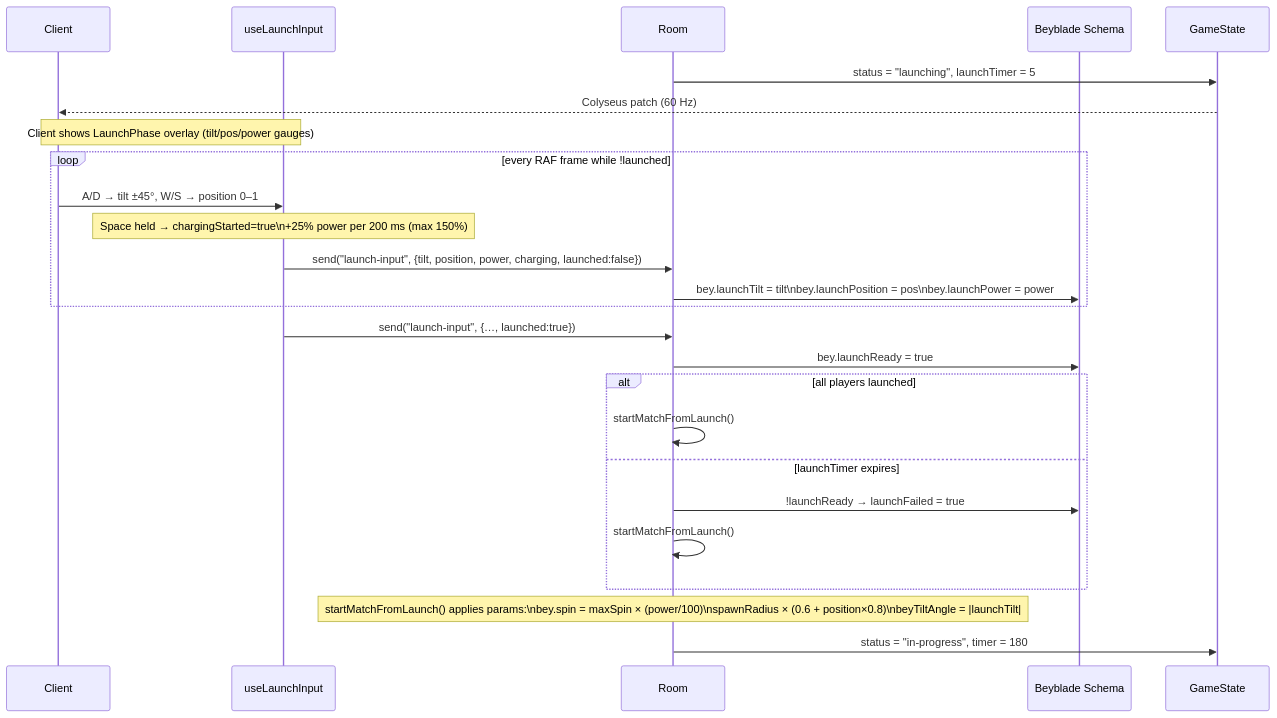
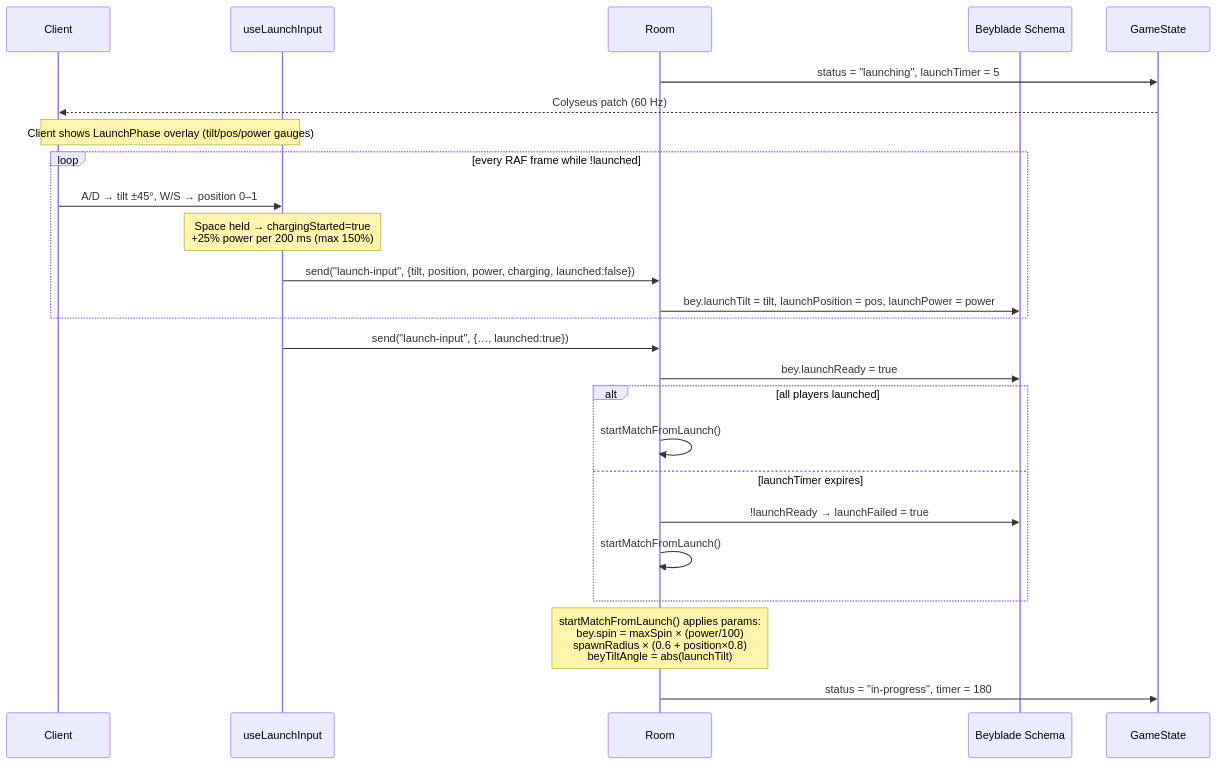
The second of 5 diagrams in research/diagrams/diagram-sequence-launch.md (mohasinac/2.5D-Game), drawn with Mermaid before and after one commit. The commit also changed other lines of this file and 80 other files, not shown here.

````diff
--- a/research/diagrams/diagram-sequence-launch.md
+++ b/research/diagrams/diagram-sequence-launch.md
@@ -30,33 +30,33 @@
 ```mermaid
 sequenceDiagram
   participant Client
   participant useLaunchInput
   participant Room
   participant Beyblade Schema
   participant GameState
 
   Room->>GameState: status = "launching", launchTimer = 5
   GameState-->>Client: Colyseus patch (60 Hz)
 
   Note over Client,useLaunchInput: Client shows LaunchPhase overlay (tilt/pos/power gauges)
 
   loop every RAF frame while !launched
     Client->>useLaunchInput: A/D → tilt ±45°, W/S → position 0–1
-    Note over useLaunchInput: Space held → chargingStarted=true\n+25% power per 200 ms (max 150%)
+    Note over useLaunchInput: Space held → chargingStarted=true<br/>+25% power per 200 ms (max 150%)
     useLaunchInput->>Room: send("launch-input", {tilt, position, power, charging, launched:false})
-    Room->>Beyblade Schema: bey.launchTilt = tilt\nbey.launchPosition = pos\nbey.launchPower = power
+    Room->>Beyblade Schema: bey.launchTilt = tilt, launchPosition = pos, launchPower = power
   end
 
   useLaunchInput->>Room: send("launch-input", {…, launched:true})
   Room->>Beyblade Schema: bey.launchReady = true
 
   alt all players launched
     Room->>Room: startMatchFromLaunch()
   else launchTimer expires
     Room->>Beyblade Schema: !launchReady → launchFailed = true
     Room->>Room: startMatchFromLaunch()
   end
 
-  Note over Room: startMatchFromLaunch() applies params:\nbey.spin = maxSpin × (power/100)\nspawnRadius × (0.6 + position×0.8)\nbeyTiltAngle = |launchTilt|
+  Note over Room: startMatchFromLaunch() applies params:<br/>bey.spin = maxSpin × (power/100)<br/>spawnRadius × (0.6 + position×0.8)<br/>beyTiltAngle = abs(launchTilt)
   Room->>GameState: status = "in-progress", timer = 180
 ```
````
